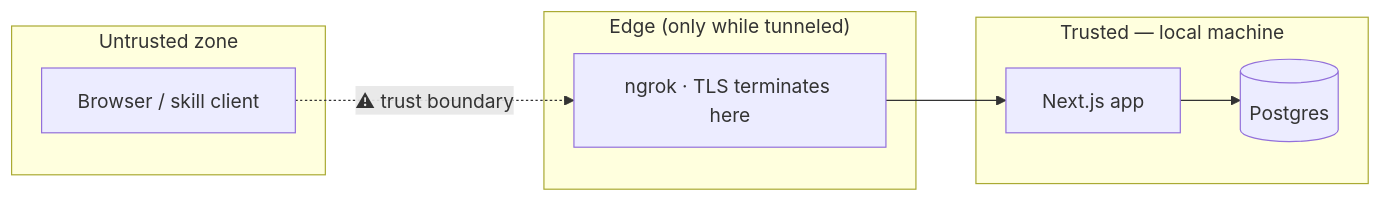
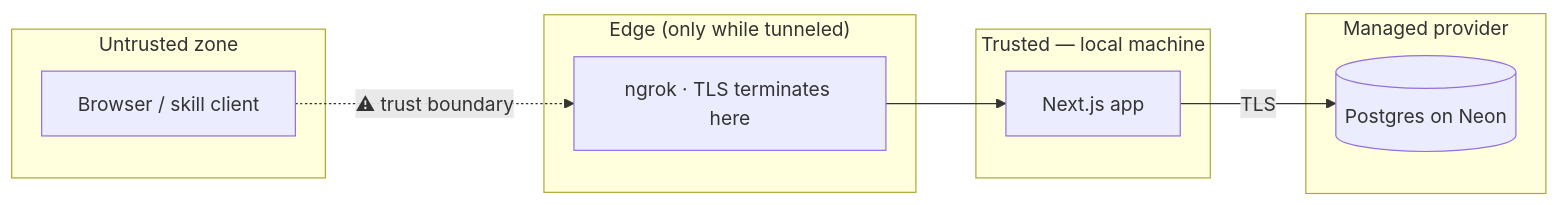
One commit to JaxzTan/todo_list changed the seventh of 8 diagrams in architecture.md. Above: the diagram before and after it, drawn with Mermaid. The commit also changed other lines of this file and 27 other files, not shown here.

````diff
--- a/architecture.md
+++ b/architecture.md
@@ -564,14 +563,16 @@
 ```mermaid
 graph LR
     subgraph untrusted[Untrusted zone]
         browser[Browser / skill client]
     end
     subgraph edge["Edge (only while tunneled)"]
         ngrok[ngrok · TLS terminates here]
     end
     subgraph trusted[Trusted — local machine]
         app[Next.js app]
-        db[(Postgres)]
     end
-    browser -.->|"⚠ trust boundary"| ngrok --> app --> db
+    subgraph provider[Managed provider]
+        db[(Postgres on Neon)]
+    end
+    browser -.->|"⚠ trust boundary"| ngrok --> app -->|TLS| db
 ```
````
